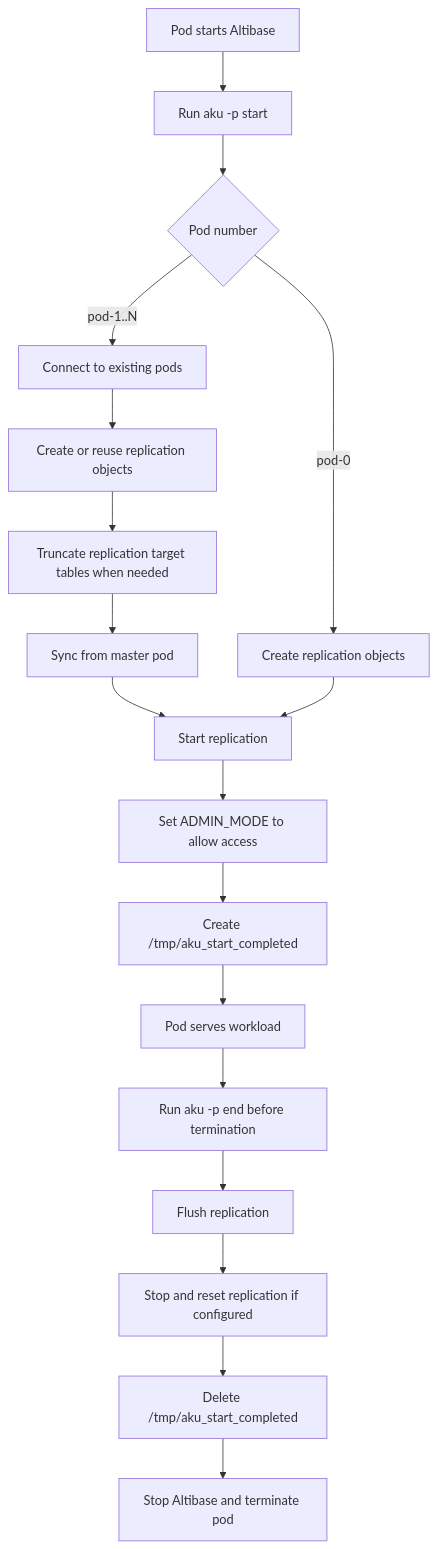
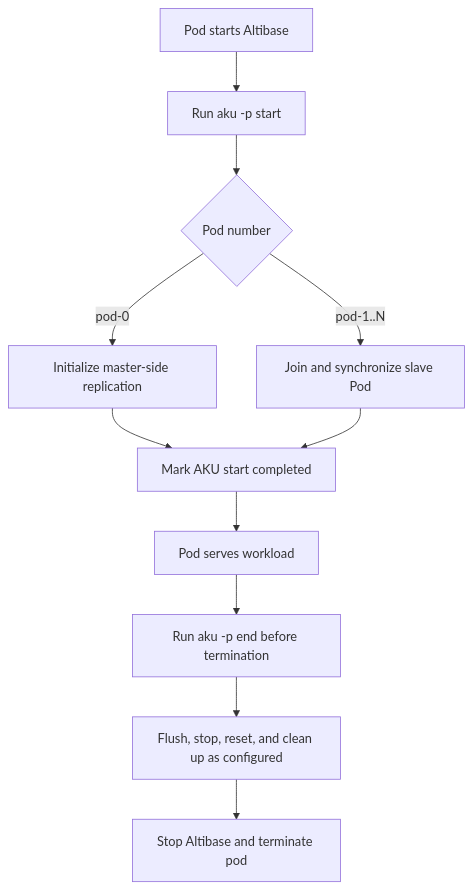
The third of 3 diagrams in GPTs/attachments/14_utilities_operation_tools.md (et16kr/AltibaseDocuments), drawn with Mermaid before and after one commit. The commit also changed other lines of this file and 5 other files, not shown here.

First line of the commit message:
Remediate M21: Split or simplify oversized Mermaid diagrams listed by R14, or move l...

````diff
--- a/GPTs/attachments/14_utilities_operation_tools.md
+++ b/GPTs/attachments/14_utilities_operation_tools.md
@@ -588,20 +588,13 @@
 ```mermaid
 flowchart TD
   A[Pod starts Altibase] --> B[Run aku -p start]
   B --> C{Pod number}
-  C -- pod-0 --> D[Create replication objects]
-  C -- pod-1..N --> E[Connect to existing pods]
-  E --> F[Create or reuse replication objects]
-  F --> G[Truncate replication target tables when needed]
-  G --> H[Sync from master pod]
-  H --> I[Start replication]
-  D --> I
-  I --> J[Set ADMIN_MODE to allow access]
-  J --> K[Create /tmp/aku_start_completed]
-  K --> L[Pod serves workload]
-  L --> M[Run aku -p end before termination]
-  M --> N[Flush replication]
-  N --> O[Stop and reset replication if configured]
-  O --> P[Delete /tmp/aku_start_completed]
-  P --> Q[Stop Altibase and terminate pod]
+  C -- pod-0 --> D[Initialize master-side replication]
+  C -- pod-1..N --> E[Join and synchronize slave Pod]
+  D --> F[Mark AKU start completed]
+  E --> F
+  F --> G[Pod serves workload]
+  G --> H[Run aku -p end before termination]
+  H --> I[Flush, stop, reset, and clean up as configured]
+  I --> J[Stop Altibase and terminate pod]
 ```
````
